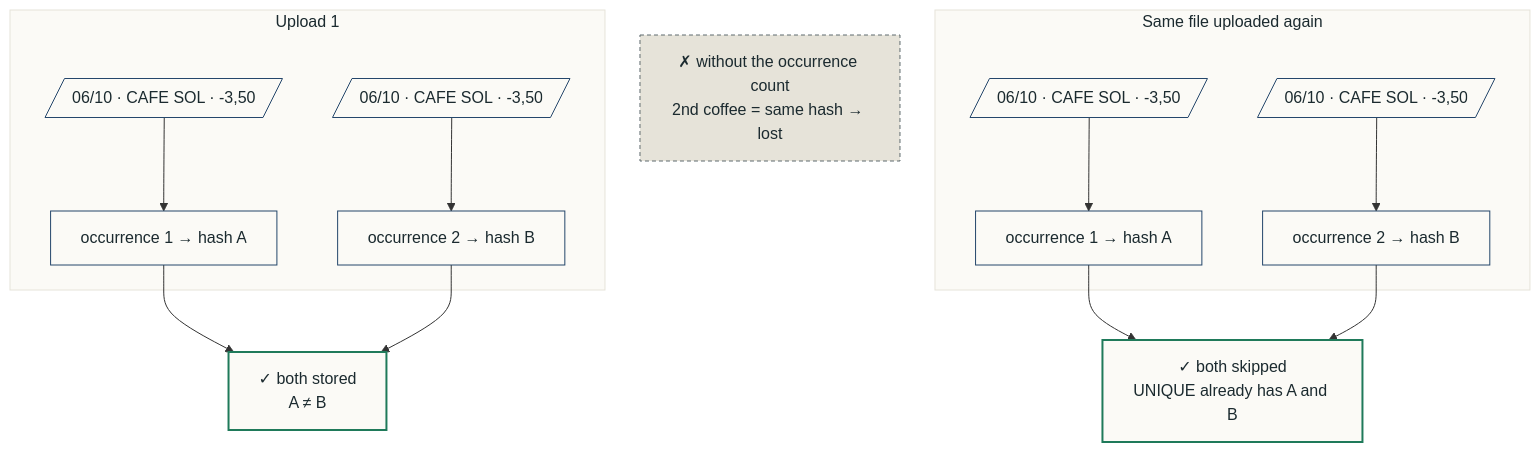
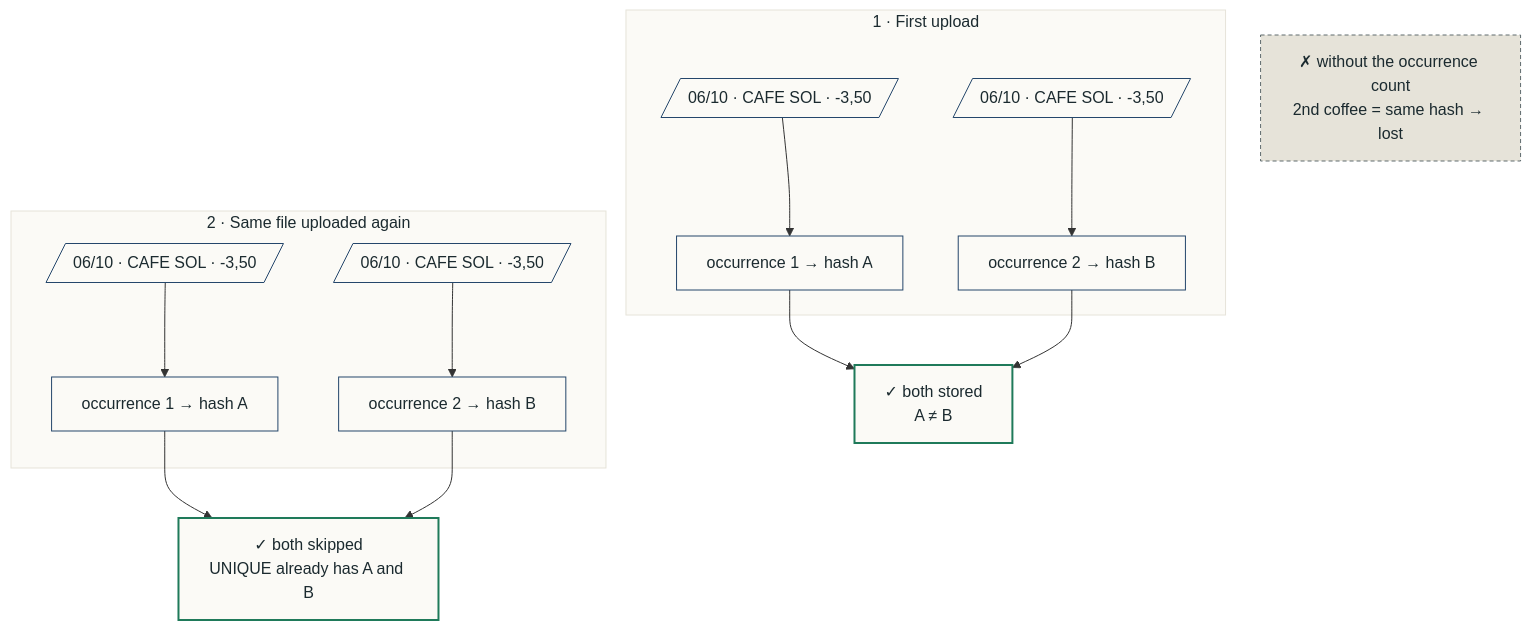
One commit to irenehbote/ihb-01-finance-categorizer changed the third of 4 diagrams in docs/LEARNING_LOG.md. Above: the diagram before and after it, drawn with Mermaid. The commit also changed other lines of this file and 3 other files, not shown here.

First line of the commit message:
docs: fix diagram layout and Markdown merging on GitHub

````diff
--- a/docs/LEARNING_LOG.md
+++ b/docs/LEARNING_LOG.md
@@ -80,25 +91,26 @@
 ```mermaid
 flowchart TD
-    subgraph first["Upload 1"]
+    subgraph first["1 · First upload"]
         A1[/"06/10 · CAFE SOL · -3,50"/] --> H1["occurrence 1 → hash A"]
         A2[/"06/10 · CAFE SOL · -3,50"/] --> H2["occurrence 2 → hash B"]
     end
     H1 --> K["✓ both stored<br/>A ≠ B"]
     H2 --> K
-    subgraph again["Same file uploaded again"]
+    subgraph again["2 · Same file uploaded again"]
         B1[/"06/10 · CAFE SOL · -3,50"/] --> G1["occurrence 1 → hash A"]
         B2[/"06/10 · CAFE SOL · -3,50"/] --> G2["occurrence 2 → hash B"]
     end
     G1 --> S["✓ both skipped<br/>UNIQUE already has A and B"]
     G2 --> S
+    first ~~~ again
     N["✗ without the occurrence count<br/>2nd coffee = same hash → lost"]
 
     classDef step fill:#FBFAF6,stroke:#24466B,color:#1B2A2F
     classDef good fill:#FBFAF6,stroke:#1F7A5A,stroke-width:2px,color:#1B2A2F
     classDef bad fill:#E6E3D9,stroke:#5F6B6E,stroke-dasharray:4 3,color:#1B2A2F
     class A1,A2,B1,B2,H1,H2,G1,G2 step
     class K,S good
     class N bad
     style first fill:#FBFAF6,stroke:#E6E3D9,color:#1B2A2F
     style again fill:#FBFAF6,stroke:#E6E3D9,color:#1B2A2F
 ```
````
